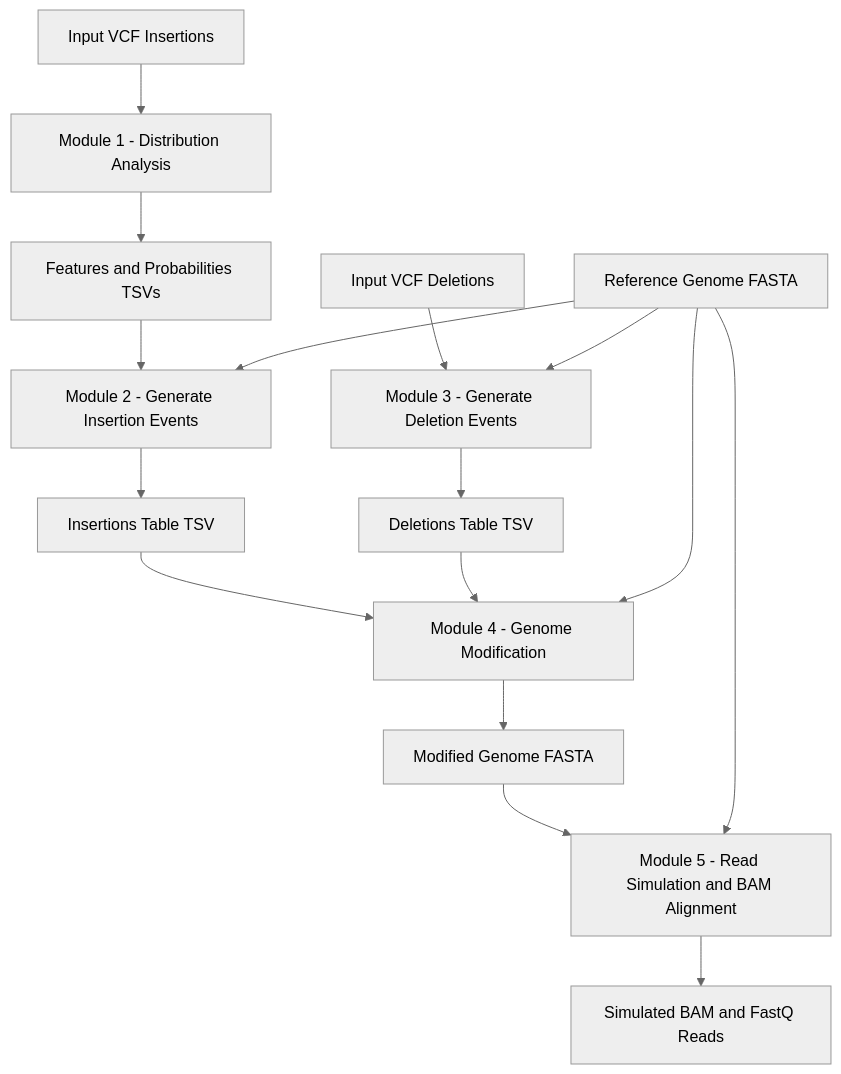
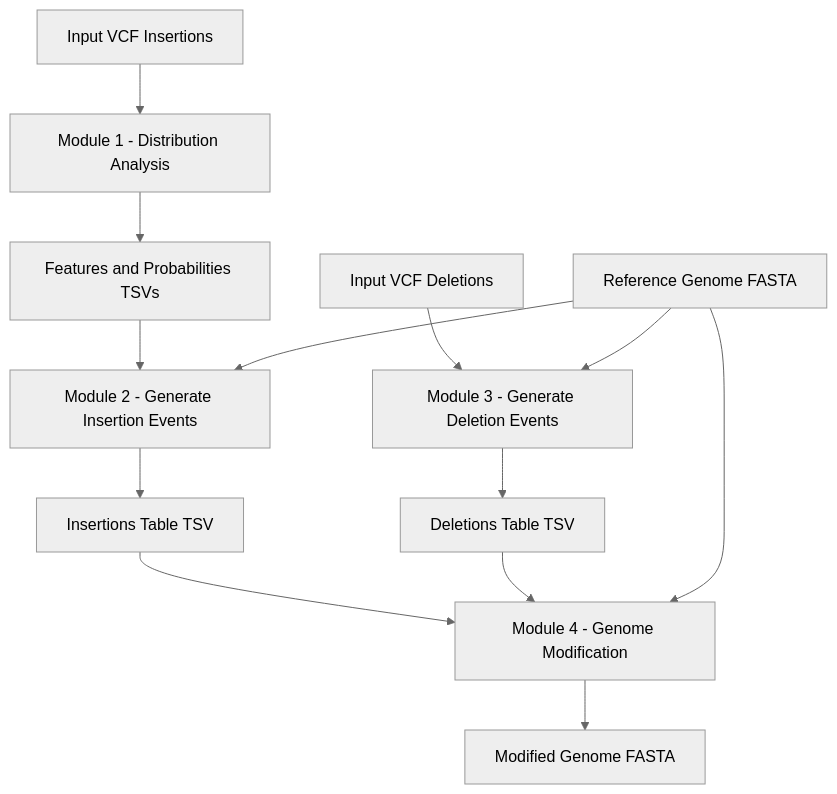
The diagram in docs/index.md (biocorecrg/SVModeller), drawn with Mermaid (neutral theme) before and after one commit. The commit also changed 5 other files, not shown here.

Commit message:
Add Nextflow CI workflow, make Module 5 optional using --skip_simulation, and remove Module 5 references from docs and CI

````diff
--- a/docs/index.md
+++ b/docs/index.md
@@ -32,21 +32,17 @@
 ```mermaid
 graph TD
     VCF_IN[Input VCF Insertions] --> M1[Module 1 - Distribution Analysis]
     M1 --> DIST[Features and Probabilities TSVs]
     DIST --> M2[Module 2 - Generate Insertion Events]
     REF_FA[Reference Genome FASTA] --> M2
     M2 --> INS_TAB[Insertions Table TSV]
 
     VCF_DEL[Input VCF Deletions] --> M3[Module 3 - Generate Deletion Events]
     REF_FA --> M3
     M3 --> DEL_TAB[Deletions Table TSV]
 
     INS_TAB --> M4[Module 4 - Genome Modification]
     DEL_TAB --> M4
     REF_FA --> M4
     M4 --> MOD_FA[Modified Genome FASTA]
-
-    MOD_FA --> M5[Module 5 - Read Simulation and BAM Alignment]
-    REF_FA --> M5
-    M5 --> BAM[Simulated BAM and FastQ Reads]
 ```
````
